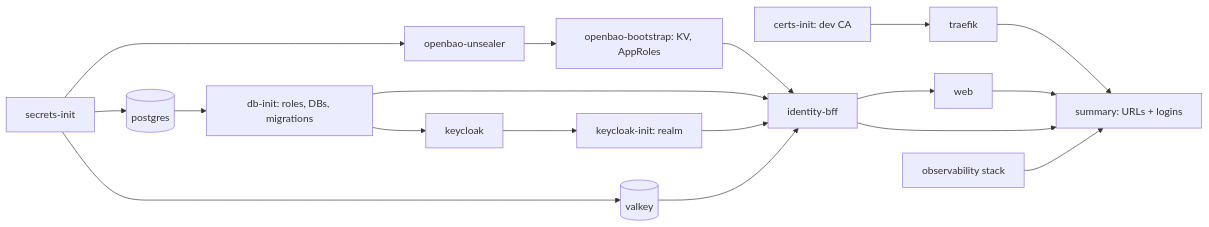
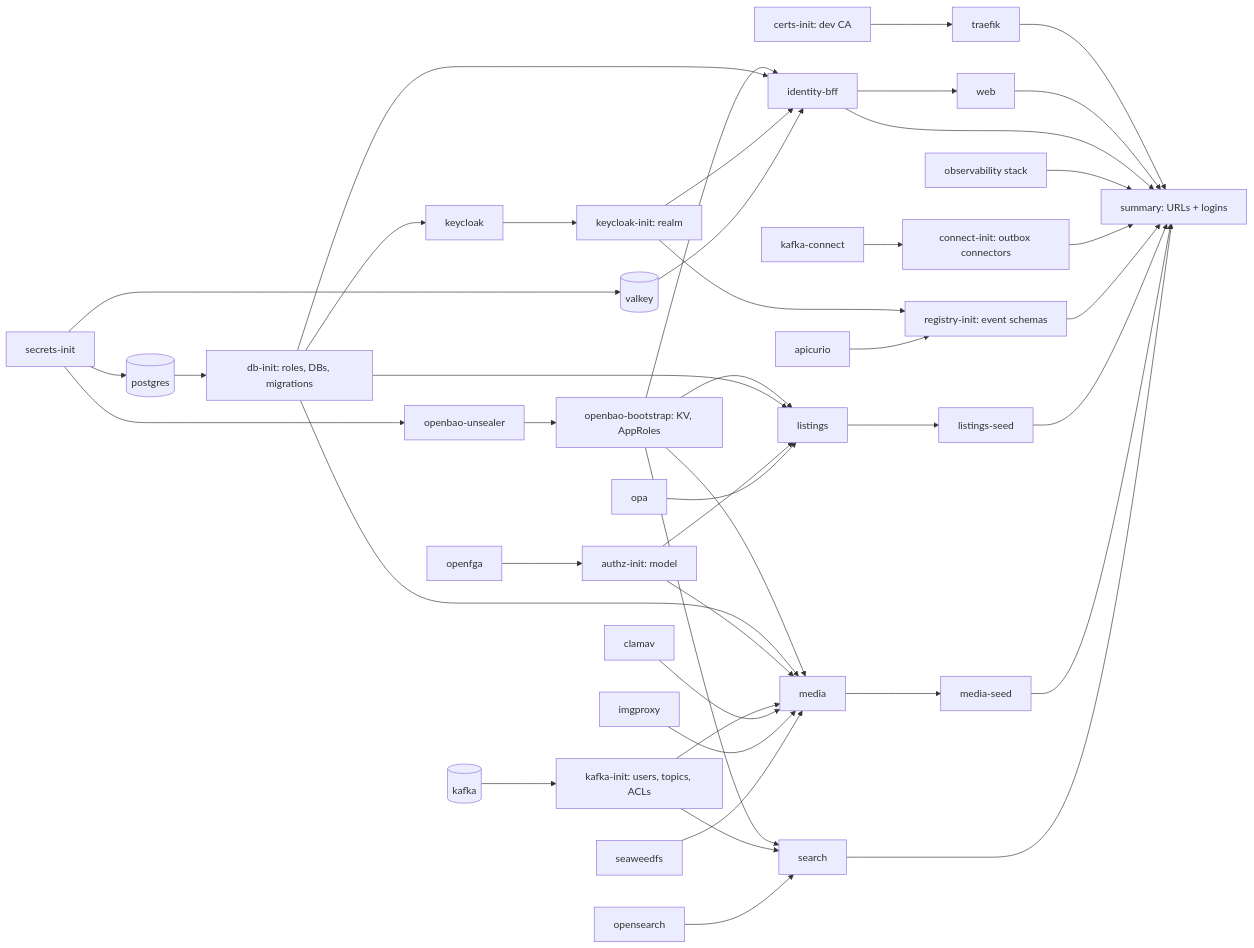
Before and after one commit to Jibsta91/raadi.com: the fifth of 5 diagrams in docs/architecture/c4-container.md, drawn with Mermaid. The commit also changed other lines of this file and 10 other files, not shown here.

````diff
--- a/docs/architecture/c4-container.md
+++ b/docs/architecture/c4-container.md
@@ -191,9 +226,16 @@
 ```mermaid
 flowchart LR
   secrets[secrets-init] --> pg[(postgres)] --> db[db-init: roles, DBs, migrations] --> kc[keycloak] --> kci[keycloak-init: realm]
   secrets --> unseal[openbao-unsealer] --> baoinit[openbao-bootstrap: KV, AppRoles]
   secrets --> valkey[(valkey)]
   certs[certs-init: dev CA] --> traefik
   baoinit & db & kci & valkey --> bff[identity-bff] --> web
-  traefik & web & bff & obs[observability stack] --> summary[summary: URLs + logins]
+  kafka[(kafka)] --> kinit[kafka-init: users, topics, ACLs]
+  connect[kafka-connect] --> cinit[connect-init: outbox connectors]
+  kci & apicurio[apicurio] --> rinit[registry-init: event schemas]
+  openfga[openfga] --> ainit[authz-init: model]
+  baoinit & db & ainit & opa[opa] --> listings --> lseed[listings-seed]
+  baoinit & db & ainit & kinit & clamav & imgproxy & seaweedfs --> media --> mseed[media-seed]
+  baoinit & kinit & opensearch --> search
+  traefik & web & bff & obs[observability stack] & cinit & rinit & lseed & mseed & search --> summary[summary: URLs + logins]
 ```
````
